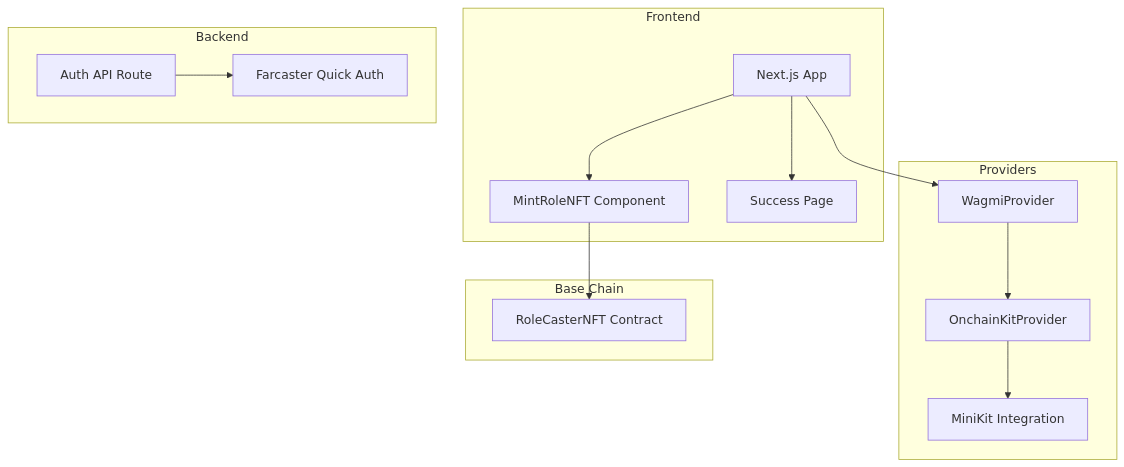
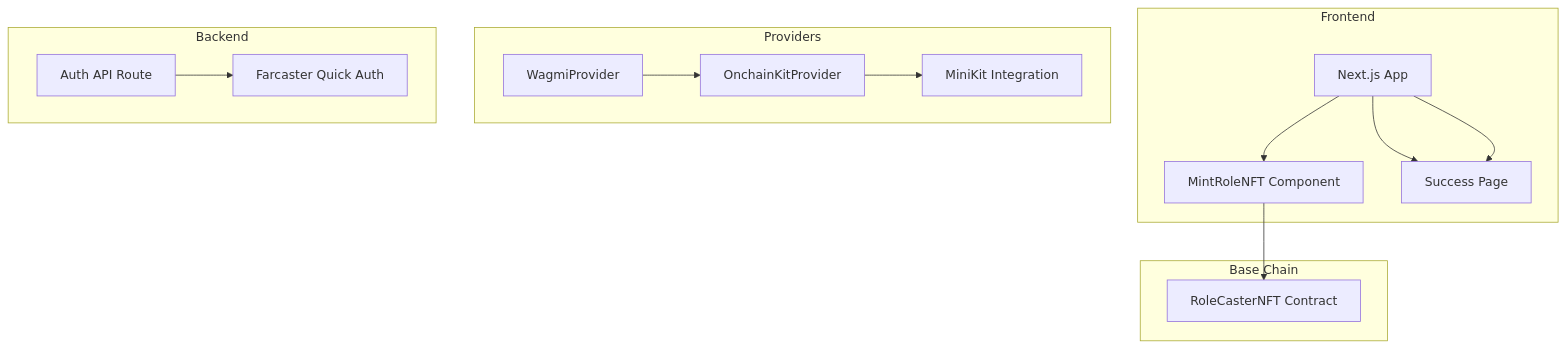
Before and after one commit to mumair738/role-caster: the first of 12 diagrams in plans/base-chain-features-plan.md, drawn with Mermaid.

````diff
--- a/plans/base-chain-features-plan.md
+++ b/plans/base-chain-features-plan.md
@@ -11,23 +11,23 @@
 ```mermaid
 graph TB
     subgraph Frontend
         A[Next.js App] --> B[MintRoleNFT Component]
         A --> C[Success Page]
     end
     
     subgraph Providers
         D[WagmiProvider] --> E[OnchainKitProvider]
         E --> F[MiniKit Integration]
     end
     
     subgraph Backend
         G[Auth API Route] --> H[Farcaster Quick Auth]
     end
     
     subgraph Base Chain
         I[RoleCasterNFT Contract]
     end
     
     B --> I
-    A --> D
+    A --> C
 ```
````
